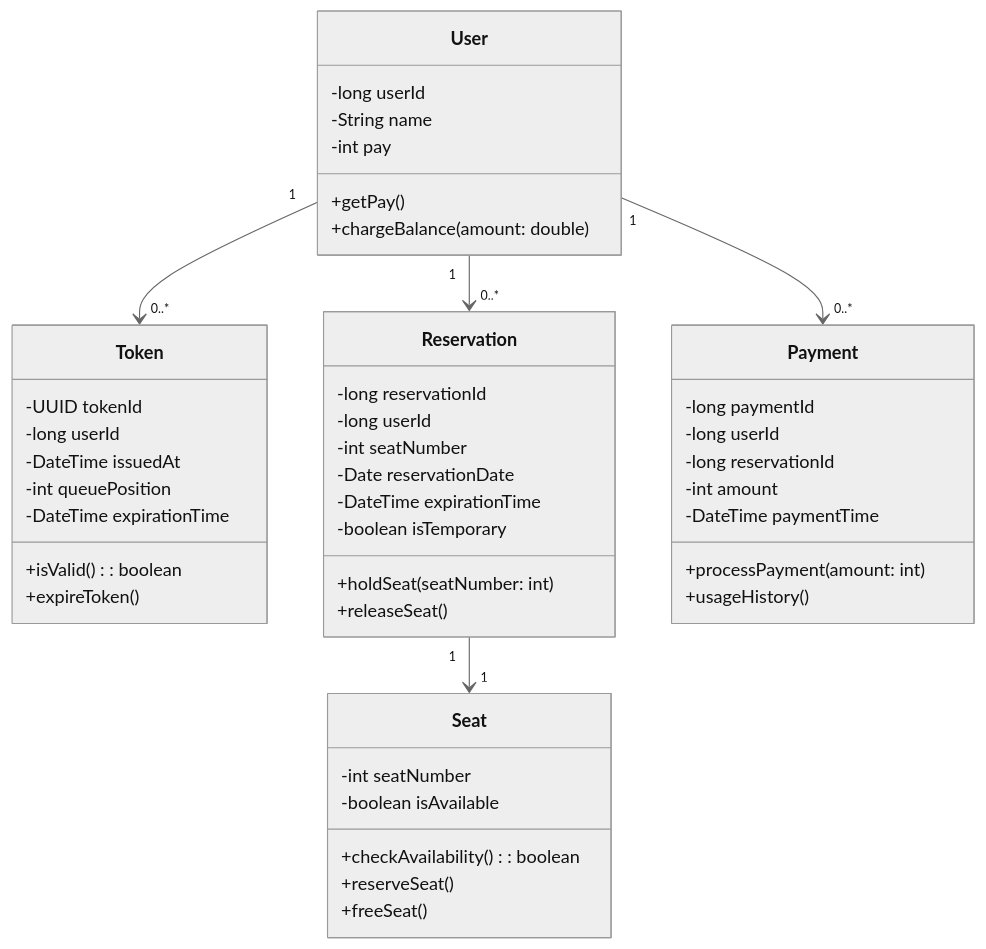
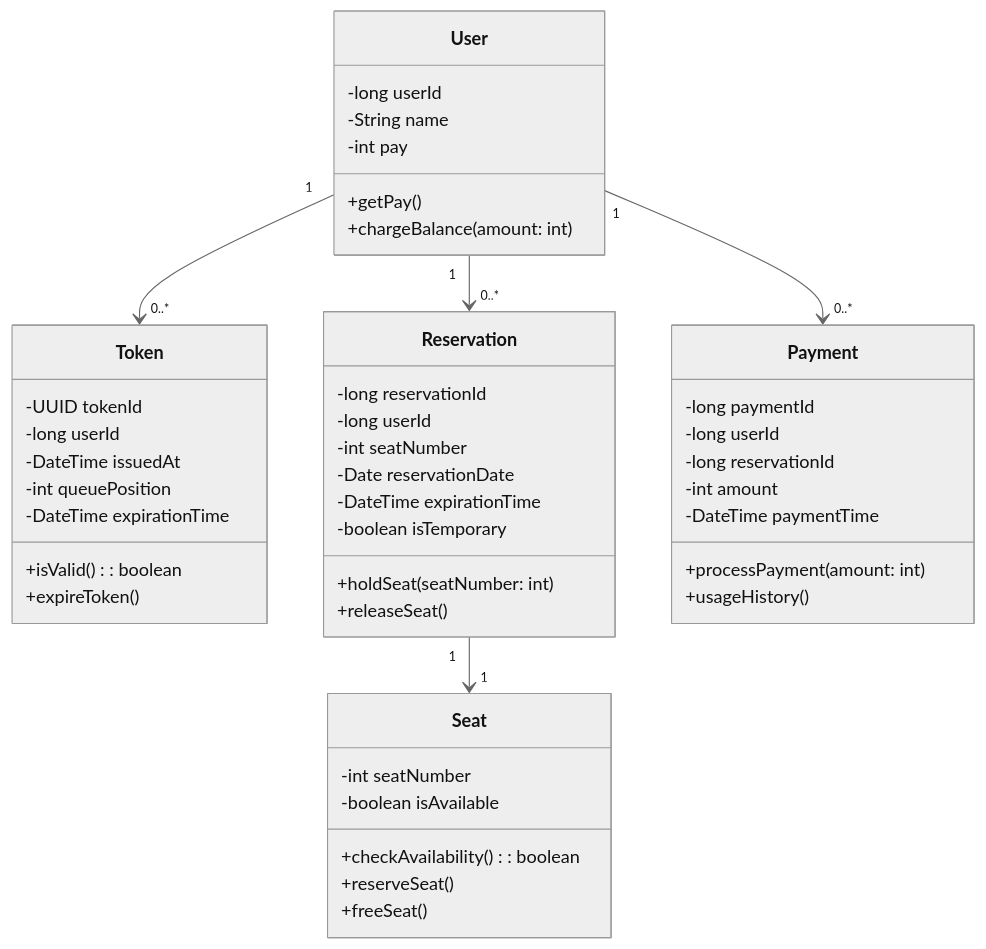
Before and after one commit to fatallinverno/hhplus-concert-reservation: the second of 4 diagrams in README.md, drawn with Mermaid (neutral theme).

Commit message:
수정

````diff
--- a/README.md
+++ b/README.md
@@ -36,54 +36,54 @@
 ```mermaid
 classDiagram
     class User {
         -long userId
         -String name
         -int pay
         +getPay()
-        +chargeBalance(amount: double)
+        +chargeBalance(amount: int)
     }
     
     class Token {
         -UUID tokenId
         -long userId
         -DateTime issuedAt
         -int queuePosition
         -DateTime expirationTime
         +isValid(): boolean
         +expireToken()
     }
     
     class Reservation {
         -long reservationId
         -long userId
         -int seatNumber
         -Date reservationDate
         -DateTime expirationTime
         -boolean isTemporary
         +holdSeat(seatNumber: int)
         +releaseSeat()
     }
     
     class Payment {
         -long paymentId
         -long userId
         -long reservationId
         -int amount
         -DateTime paymentTime
         +processPayment(amount: int)
         +usageHistory()
     }
     
     class Seat {
         -int seatNumber
         -boolean isAvailable
         +checkAvailability(): boolean
         +reserveSeat()
         +freeSeat()
     }
 
     User "1" --> "0..*" Token
     User "1" --> "0..*" Reservation
     User "1" --> "0..*" Payment
     Reservation "1" --> "1" Seat
 ```
````
